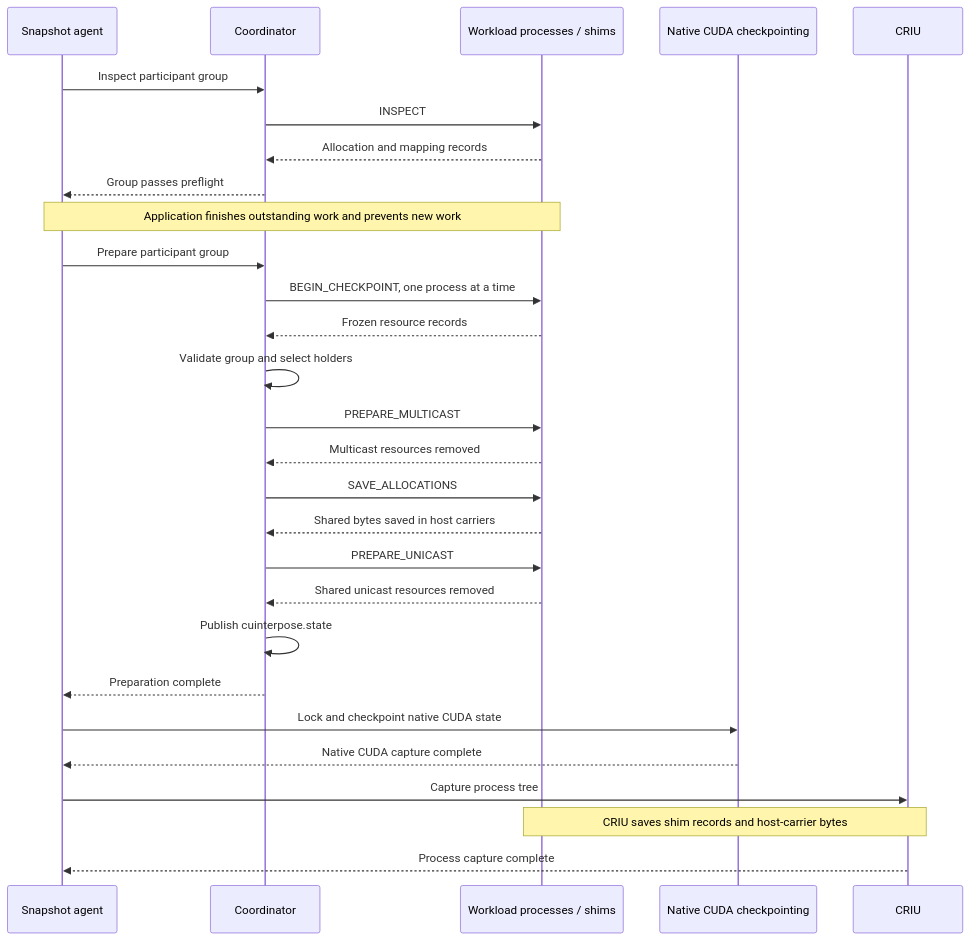
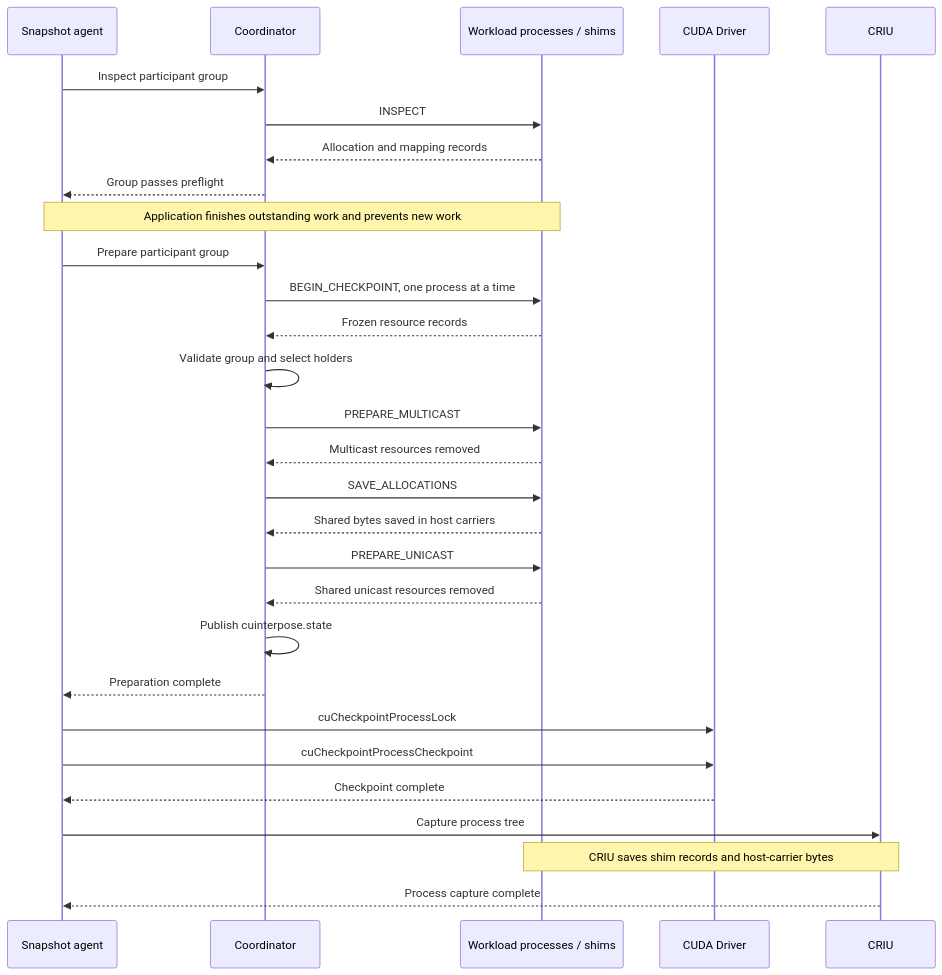
One commit to sheetal104/snapshot changed the ninth of 10 diagrams in docs/proposals/295-cuinterpose/README.md. Above: the diagram before and after it, drawn with Mermaid. The commit also changed other lines of this file, not shown here.

Commit message:
docs(cuinterpose): name CUDA checkpoint APIs in sequence diagrams

````diff
--- a/docs/proposals/295-cuinterpose/README.md
+++ b/docs/proposals/295-cuinterpose/README.md
@@ -600,30 +600,31 @@
 ```mermaid
 sequenceDiagram
     participant A as Snapshot agent
     participant C as Coordinator
     participant S as Workload processes / shims
-    participant N as Native CUDA checkpointing
+    participant D as CUDA Driver
     participant R as CRIU
     A->>C: Inspect participant group
     C->>S: INSPECT
     S-->>C: Allocation and mapping records
     C-->>A: Group passes preflight
     Note over A,S: Application finishes outstanding work and prevents new work
     A->>C: Prepare participant group
     C->>S: BEGIN_CHECKPOINT, one process at a time
     S-->>C: Frozen resource records
     C->>C: Validate group and select holders
     C->>S: PREPARE_MULTICAST
     S-->>C: Multicast resources removed
     C->>S: SAVE_ALLOCATIONS
     S-->>C: Shared bytes saved in host carriers
     C->>S: PREPARE_UNICAST
     S-->>C: Shared unicast resources removed
     C->>C: Publish cuinterpose.state
     C-->>A: Preparation complete
-    A->>N: Lock and checkpoint native CUDA state
-    N-->>A: Native CUDA capture complete
+    A->>D: cuCheckpointProcessLock
+    A->>D: cuCheckpointProcessCheckpoint
+    D-->>A: Checkpoint complete
     A->>R: Capture process tree
     Note over S,R: CRIU saves shim records and host-carrier bytes
     R-->>A: Process capture complete
 ```
````
